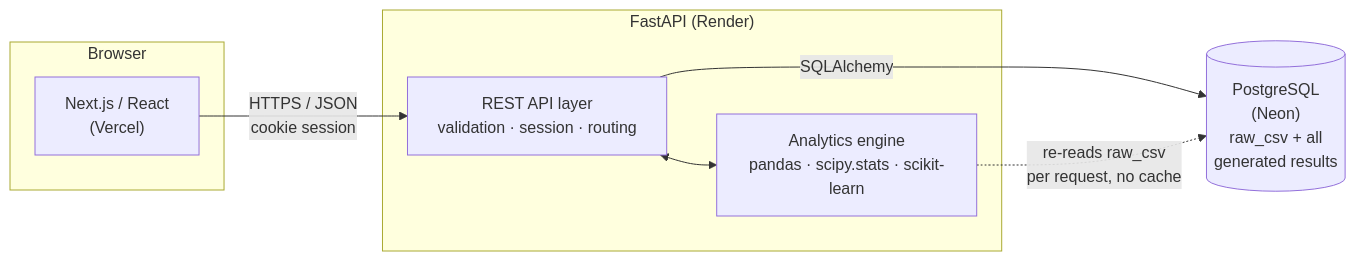
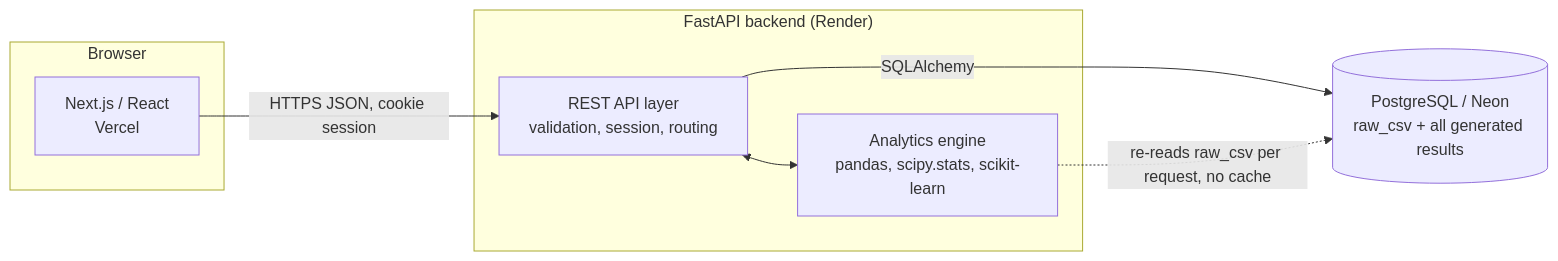
Before and after one commit to Muhammad-Haris-3/InsightForge: the diagram in README.md, drawn with Mermaid.

Commit message:
Fix README architecture diagram: use <br/> and piped edge labels
The first version used \n inside quoted node labels and the -- "text" -->
edge-label form, which GitHub's Mermaid renderer fell back to a plain code
block on instead of rendering (silently, no error shown) — confirmed by
inspecting the rendered page DOM for a flowchart SVG and finding none, just
the raw <pre> text. Switched to <br/> for line breaks and the more standard
-->|label| piped syntax, both well-documented as GitHub-compatible.

````diff
--- a/README.md
+++ b/README.md
@@ -30,18 +30,18 @@
 ```mermaid
 flowchart LR
     subgraph Client["Browser"]
-        UI["Next.js / React\n(Vercel)"]
+        UI["Next.js / React<br/>Vercel"]
     end
 
-    subgraph Server["FastAPI (Render)"]
-        API["REST API layer\nvalidation · session · routing"]
-        Engine["Analytics engine\npandas · scipy.stats · scikit-learn"]
+    subgraph Server["FastAPI backend (Render)"]
+        API["REST API layer<br/>validation, session, routing"]
+        Engine["Analytics engine<br/>pandas, scipy.stats, scikit-learn"]
         API <--> Engine
     end
 
-    DB[("PostgreSQL\n(Neon)\nraw_csv + all\ngenerated results")]
+    DB[("PostgreSQL / Neon<br/>raw_csv + all generated results")]
 
-    UI -- "HTTPS / JSON\ncookie session" --> API
-    API -- "SQLAlchemy" --> DB
-    Engine -. "re-reads raw_csv\nper request, no cache" .-> DB
+    UI -->|HTTPS JSON, cookie session| API
+    API -->|SQLAlchemy| DB
+    Engine -.->|re-reads raw_csv per request, no cache| DB
 ```
````
